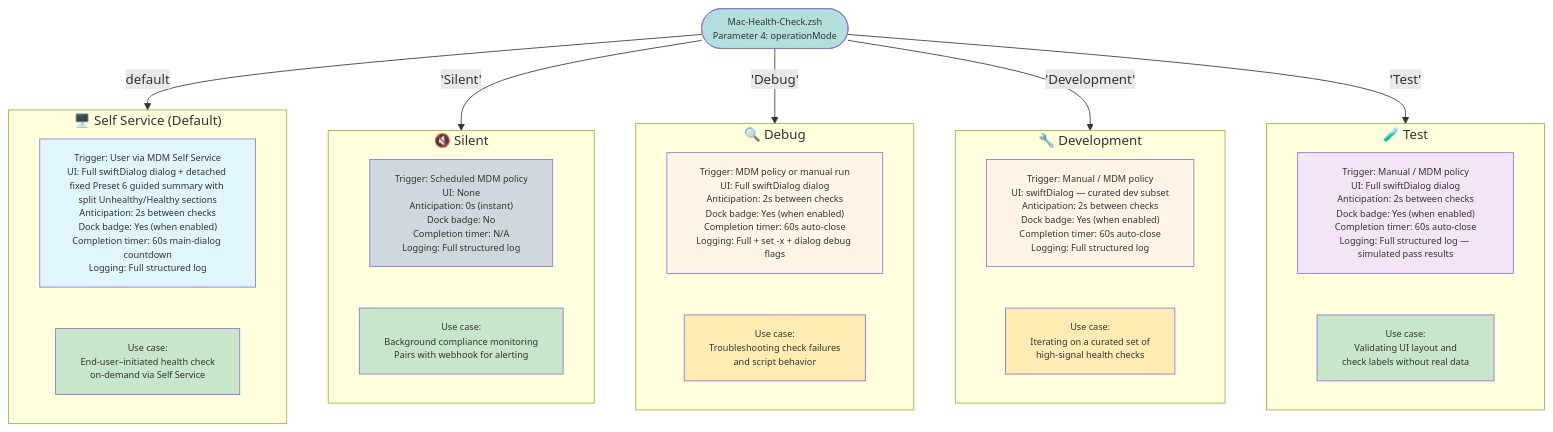
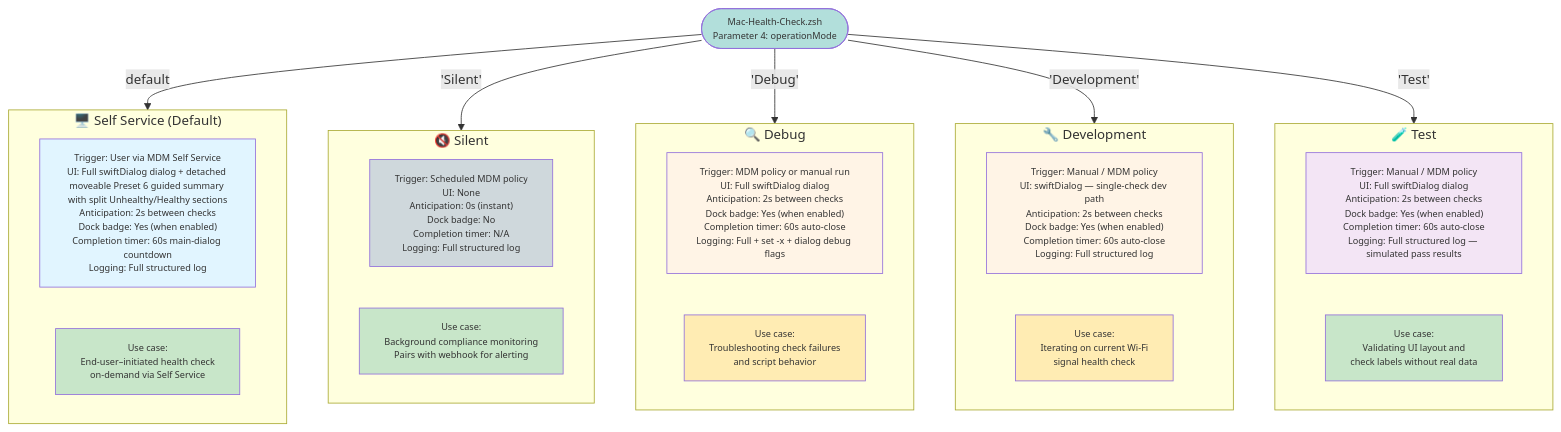
One commit to HowardGMac/Mac-Health-Check changed the diagram in Diagrams/05-operation-modes.md. Above: the diagram before and after it, drawn with Mermaid. The commit also changed other lines of this file and 11 other files, not shown here.

````diff
--- a/Diagrams/05-operation-modes.md
+++ b/Diagrams/05-operation-modes.md
@@ -5,54 +5,54 @@
 ```mermaid
 graph TB
     ENTRY(["Mac-Health-Check.zsh<br>Parameter 4: operationMode"])
 
     subgraph SelfService["🖥️ Self Service (Default)"]
-        SS_DESC["Trigger: User via MDM Self Service<br>UI: Full swiftDialog dialog + detached fixed Preset 6 guided summary with split Unhealthy/Healthy sections<br>Anticipation: 2s between checks<br>Dock badge: Yes (when enabled)<br>Completion timer: 60s main-dialog countdown<br>Logging: Full structured log"]
+        SS_DESC["Trigger: User via MDM Self Service<br>UI: Full swiftDialog dialog + detached moveable Preset 6 guided summary with split Unhealthy/Healthy sections<br>Anticipation: 2s between checks<br>Dock badge: Yes (when enabled)<br>Completion timer: 60s main-dialog countdown<br>Logging: Full structured log"]
         SS_USE["Use case:<br>End-user–initiated health check<br>on-demand via Self Service"]
 
         style SS_DESC fill:#e1f5ff
         style SS_USE fill:#c8e6c9
     end
 
     subgraph Silent["🔇 Silent"]
         SL_DESC["Trigger: Scheduled MDM policy<br>UI: None<br>Anticipation: 0s (instant)<br>Dock badge: No<br>Completion timer: N/A<br>Logging: Full structured log"]
         SL_USE["Use case:<br>Background compliance monitoring<br>Pairs with webhook for alerting"]
 
         style SL_DESC fill:#cfd8dc
         style SL_USE fill:#c8e6c9
     end
 
     subgraph Debug["🔍 Debug"]
         DB_DESC["Trigger: MDM policy or manual run<br>UI: Full swiftDialog dialog<br>Anticipation: 2s between checks<br>Dock badge: Yes (when enabled)<br>Completion timer: 60s auto-close<br>Logging: Full + set -x + dialog debug flags"]
         DB_USE["Use case:<br>Troubleshooting check failures<br>and script behavior"]
 
         style DB_DESC fill:#fff4e6
         style DB_USE fill:#ffecb3
     end
 
     subgraph Development["🔧 Development"]
-        DV_DESC["Trigger: Manual / MDM policy<br>UI: swiftDialog — curated dev subset<br>Anticipation: 2s between checks<br>Dock badge: Yes (when enabled)<br>Completion timer: 60s auto-close<br>Logging: Full structured log"]
-        DV_USE["Use case:<br>Iterating on a curated set of<br>high-signal health checks"]
+        DV_DESC["Trigger: Manual / MDM policy<br>UI: swiftDialog — single-check dev path<br>Anticipation: 2s between checks<br>Dock badge: Yes (when enabled)<br>Completion timer: 60s auto-close<br>Logging: Full structured log"]
+        DV_USE["Use case:<br>Iterating on current Wi-Fi<br>signal health check"]
 
         style DV_DESC fill:#fff4e6
         style DV_USE fill:#ffecb3
     end
 
     subgraph Test["🧪 Test"]
         TS_DESC["Trigger: Manual / MDM policy<br>UI: Full swiftDialog dialog<br>Anticipation: 2s between checks<br>Dock badge: Yes (when enabled)<br>Completion timer: 60s auto-close<br>Logging: Full structured log — simulated pass results"]
         TS_USE["Use case:<br>Validating UI layout and<br>check labels without real data"]
 
         style TS_DESC fill:#f3e5f5
         style TS_USE fill:#c8e6c9
     end
 
     ENTRY -->|default| SelfService
     ENTRY -->|"'Silent'"| Silent
     ENTRY -->|"'Debug'"| Debug
     ENTRY -->|"'Development'"| Development
     ENTRY -->|"'Test'"| Test
 
     style ENTRY fill:#b2dfdb
 
     classDef default font-size:11px
 ```
````
